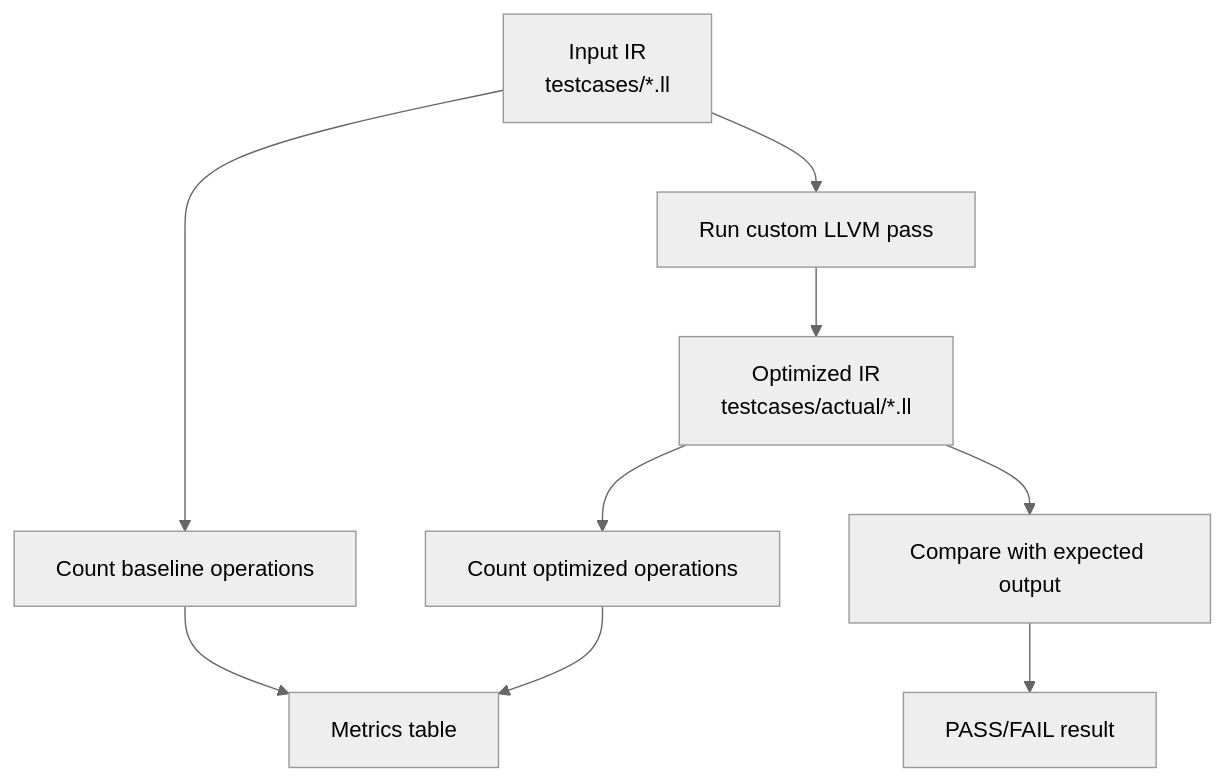
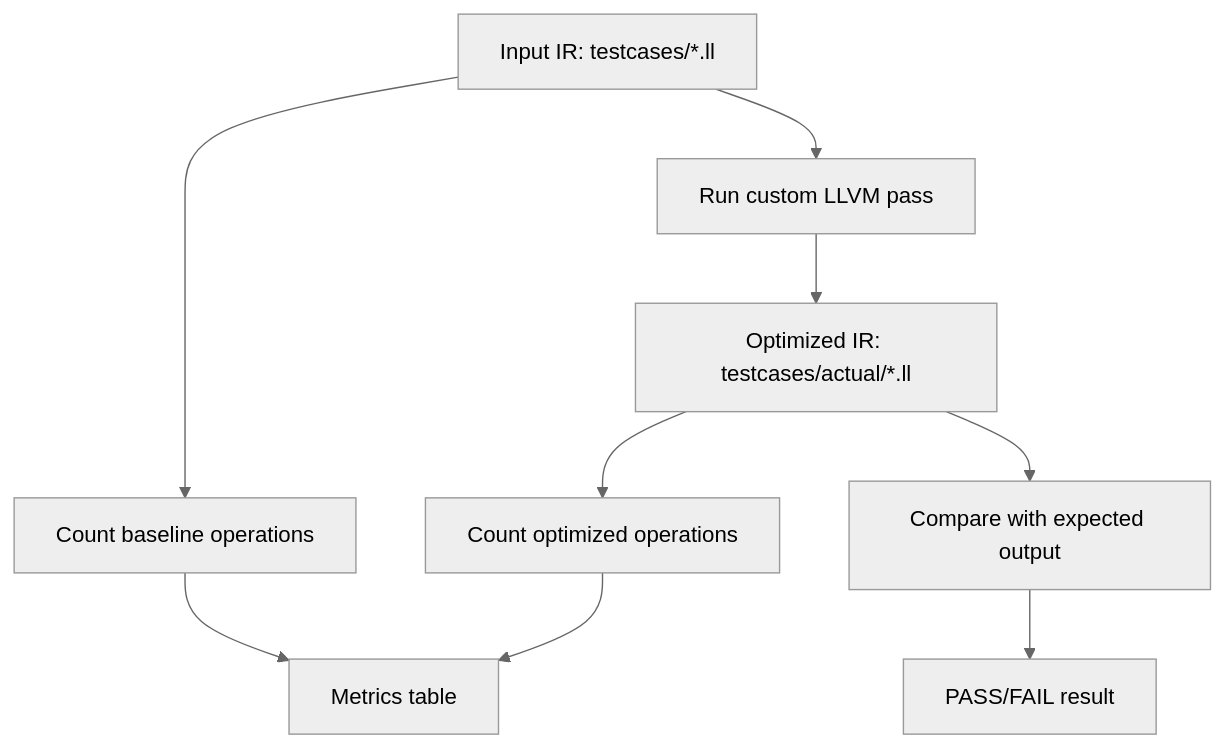
One commit to abhay271/IR-Optimization-Pass changed the diagram in EVALUATION.md. Above: the diagram before and after it, drawn with Mermaid (neutral theme). The commit also changed 2 other files, not shown here.

Commit message:
Polish fresh clone documentation

````diff
--- a/EVALUATION.md
+++ b/EVALUATION.md
@@ -33,11 +33,11 @@
 ```mermaid
 flowchart TD
-    A["Input IR<br/>testcases/*.ll"] --> B["Count baseline operations"]
+    A["Input IR: testcases/*.ll"] --> B["Count baseline operations"]
     A --> C["Run custom LLVM pass"]
-    C --> D["Optimized IR<br/>testcases/actual/*.ll"]
+    C --> D["Optimized IR: testcases/actual/*.ll"]
     D --> E["Compare with expected output"]
     D --> F["Count optimized operations"]
     B --> G["Metrics table"]
     F --> G
     E --> H["PASS/FAIL result"]
 ```
````
